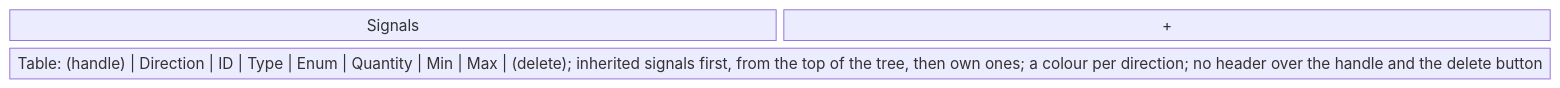
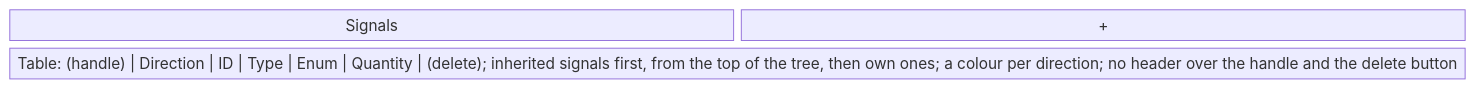
Before and after one commit to AlexandreGallais/synoptic-studio-spec: the fifth of 15 diagrams in screens/metadata.md, drawn with Mermaid. The commit also changed other lines of this file and 11 other files, not shown here.

First line of the commit message:
docs(signals): make minimum and maximum signals of their own

````diff
--- a/screens/metadata.md
+++ b/screens/metadata.md
@@ -180,6 +180,6 @@
 ```mermaid
 block-beta
     columns 2
     title["Signals"] add["+"]
-    table["Table: (handle) | Direction | ID | Type | Enum | Quantity | Min | Max | (delete); inherited signals first, from the top of the tree, then own ones; a colour per direction; no header over the handle and the delete button"]:2
+    table["Table: (handle) | Direction | ID | Type | Enum | Quantity | (delete); inherited signals first, from the top of the tree, then own ones; a colour per direction; no header over the handle and the delete button"]:2
 ```
````
